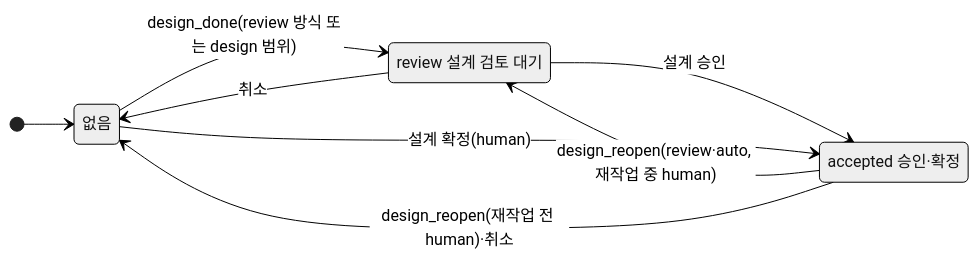
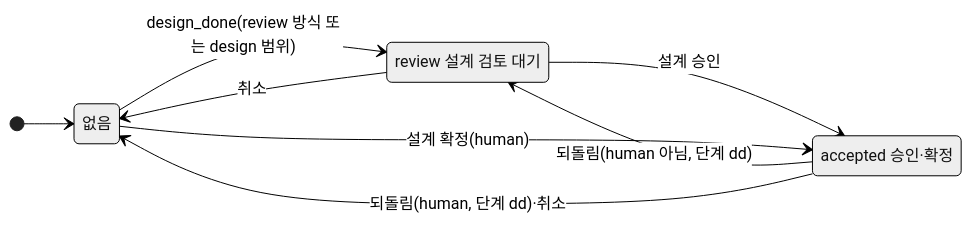
The third of 3 diagrams in docs/superpowers/specs/2026-09-26-design-state-dev-auto-design.md (donseok/wbs-web), drawn with Mermaid (neutral theme) before and after one commit. The commit also changed other lines of this file, not shown here.

````diff
--- a/docs/superpowers/specs/2026-09-26-design-state-dev-auto-design.md
+++ b/docs/superpowers/specs/2026-09-26-design-state-dev-auto-design.md
@@ -163,14 +183,14 @@
 ```mermaid
 stateDiagram-v2
     direction LR
     none: 없음
     review: review 설계 검토 대기
     accepted: accepted 승인·확정
     [*] --> none
     none --> review: design_done(review 방식 또는 design 범위)
     review --> accepted: 설계 승인
     none --> accepted: 설계 확정(human)
-    accepted --> review: design_reopen(review·auto, 재작업 중 human)
-    accepted --> none: design_reopen(재작업 전 human)·취소
+    accepted --> review: 되돌림(human 아님, 단계 dd)
+    accepted --> none: 되돌림(human, 단계 dd)·취소
     review --> none: 취소
 ```
````
